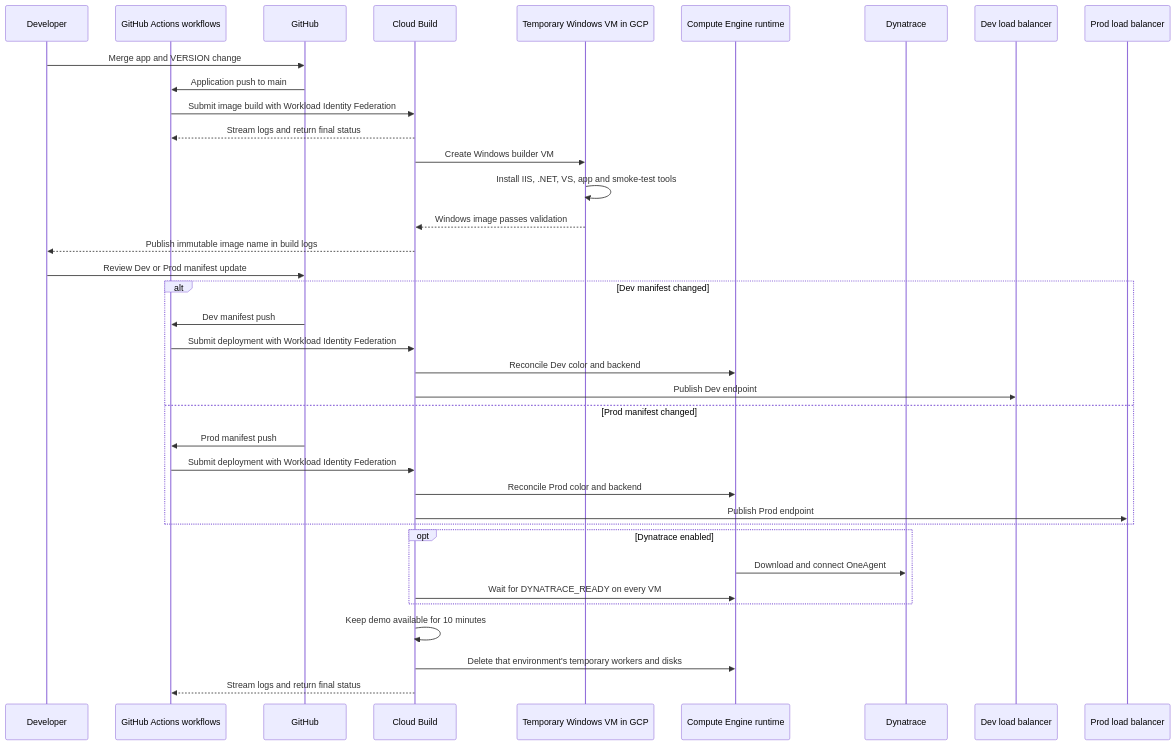
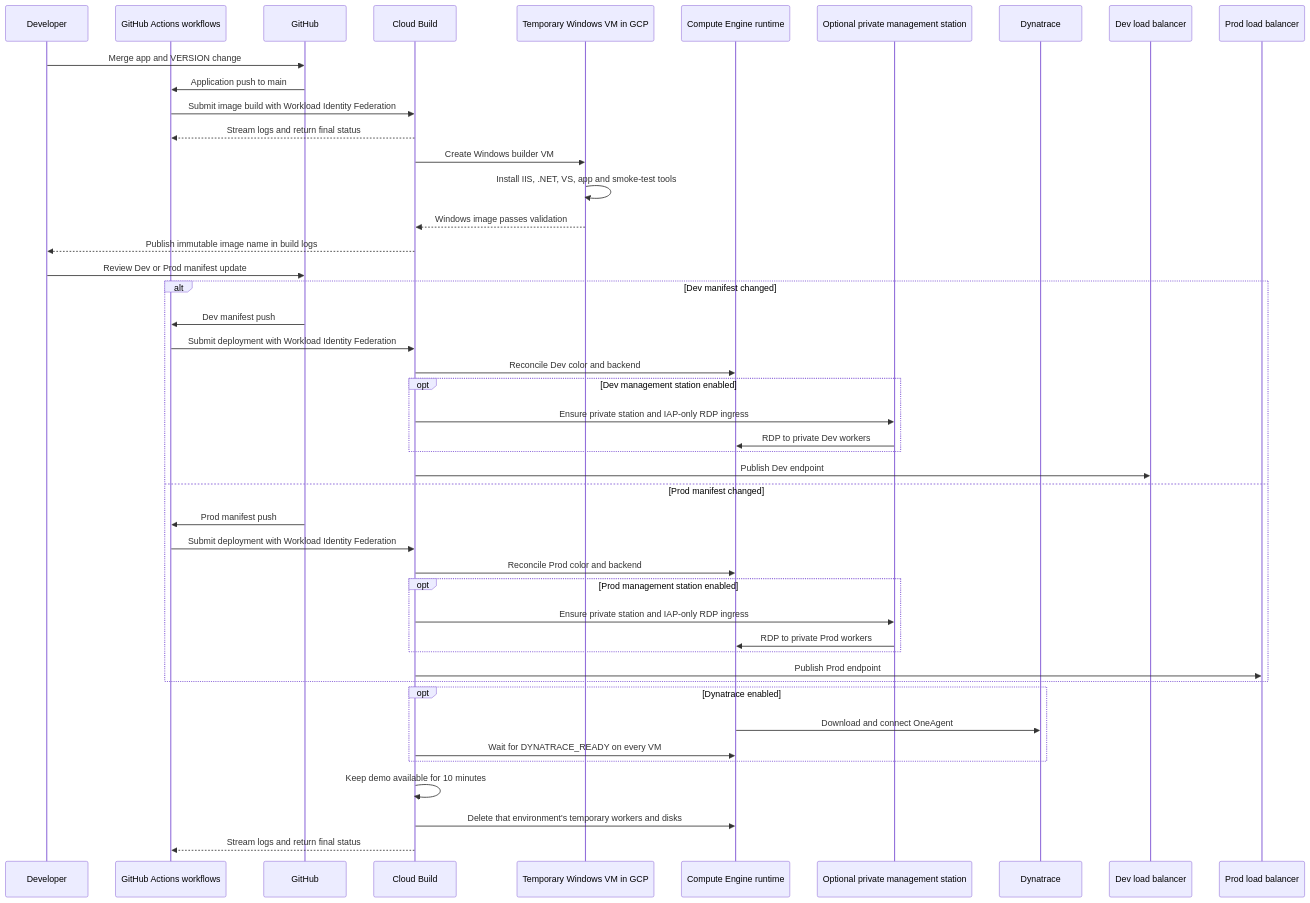
One commit to Deck-J/GCP_Windows_GitOps_Demo changed the diagram in docs/architecture.md. Above: the diagram before and after it, drawn with Mermaid. The commit also changed 25 other files, not shown here.

````diff
--- a/docs/architecture.md
+++ b/docs/architecture.md
@@ -5,40 +5,49 @@
 ```mermaid
 sequenceDiagram
     participant Dev as Developer
     participant Actions as GitHub Actions workflows
     participant Git as GitHub
     participant Build as Cloud Build
     participant Win as Temporary Windows VM in GCP
     participant GCE as Compute Engine runtime
+    participant Mgmt as Optional private management station
     participant DT as Dynatrace
     participant DevLB as Dev load balancer
     participant ProdLB as Prod load balancer
 
     Dev->>Git: Merge app and VERSION change
     Git->>Actions: Application push to main
     Actions->>Build: Submit image build with Workload Identity Federation
     Build-->>Actions: Stream logs and return final status
     Build->>Win: Create Windows builder VM
     Win->>Win: Install IIS, .NET, VS, app and smoke-test tools
     Win-->>Build: Windows image passes validation
     Build-->>Dev: Publish immutable image name in build logs
     Dev->>Git: Review Dev or Prod manifest update
     alt Dev manifest changed
         Git->>Actions: Dev manifest push
         Actions->>Build: Submit deployment with Workload Identity Federation
         Build->>GCE: Reconcile Dev color and backend
+        opt Dev management station enabled
+            Build->>Mgmt: Ensure private station and IAP-only RDP ingress
+            Mgmt->>GCE: RDP to private Dev workers
+        end
         Build->>DevLB: Publish Dev endpoint
     else Prod manifest changed
         Git->>Actions: Prod manifest push
         Actions->>Build: Submit deployment with Workload Identity Federation
         Build->>GCE: Reconcile Prod color and backend
+        opt Prod management station enabled
+            Build->>Mgmt: Ensure private station and IAP-only RDP ingress
+            Mgmt->>GCE: RDP to private Prod workers
+        end
         Build->>ProdLB: Publish Prod endpoint
     end
     opt Dynatrace enabled
         GCE->>DT: Download and connect OneAgent
         Build->>GCE: Wait for DYNATRACE_READY on every VM
     end
     Build->>Build: Keep demo available for 10 minutes
     Build->>GCE: Delete that environment's temporary workers and disks
     Build-->>Actions: Stream logs and return final status
 ```
````
